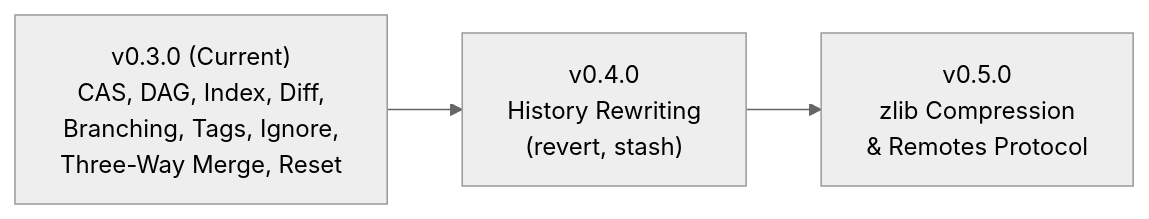
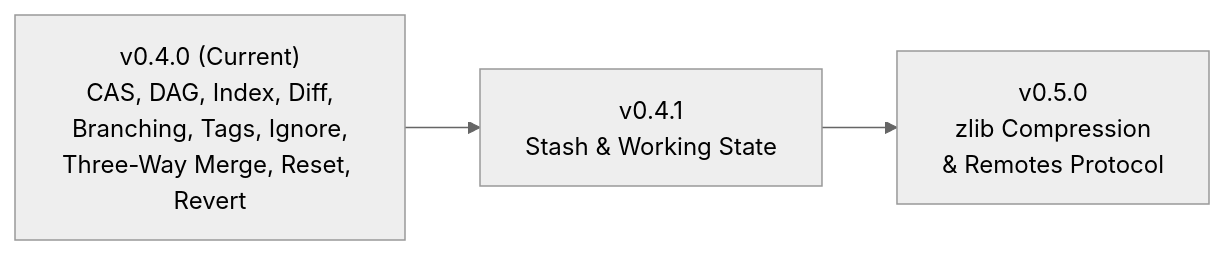
Before and after one commit to sagarkrjha/minigit: the diagram in FEATURES.md, drawn with Mermaid (neutral theme). The commit also changed other lines of this file and 1 other file, not shown here.

Commit message:
docs: document revert behavior and usage

````diff
--- a/FEATURES.md
+++ b/FEATURES.md
@@ -954,5 +1015,5 @@
 ```mermaid
 flowchart LR
-    A["v0.3.0 (Current)<br/>CAS, DAG, Index, Diff,<br/>Branching, Tags, Ignore,<br/>Three-Way Merge, Reset"] --> B["v0.4.0<br/>History Rewriting<br/>(revert, stash)"]
+    A["v0.4.0 (Current)<br/>CAS, DAG, Index, Diff,<br/>Branching, Tags, Ignore,<br/>Three-Way Merge, Reset, Revert"] --> B["v0.4.1<br/>Stash & Working State"]
     B --> C["v0.5.0<br/>zlib Compression<br/>& Remotes Protocol"]
 ```
````
